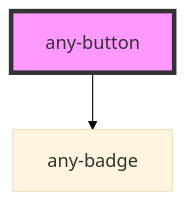
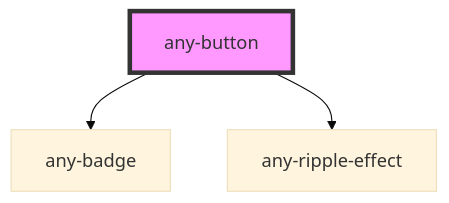
The diagram in packages/core/src/components/button/readme.md (adaleks/anywhere-ui), drawn with Mermaid (base theme) before and after one commit. The commit also changed other lines of this file and 12 other files, not shown here.

````diff
--- a/packages/core/src/components/button/readme.md
+++ b/packages/core/src/components/button/readme.md
@@ -51,5 +52,6 @@
 ```mermaid
 graph TD;
   any-button --> any-badge
+  any-button --> any-ripple-effect
   style any-button fill:#f9f,stroke:#333,stroke-width:4px
 ```
````
